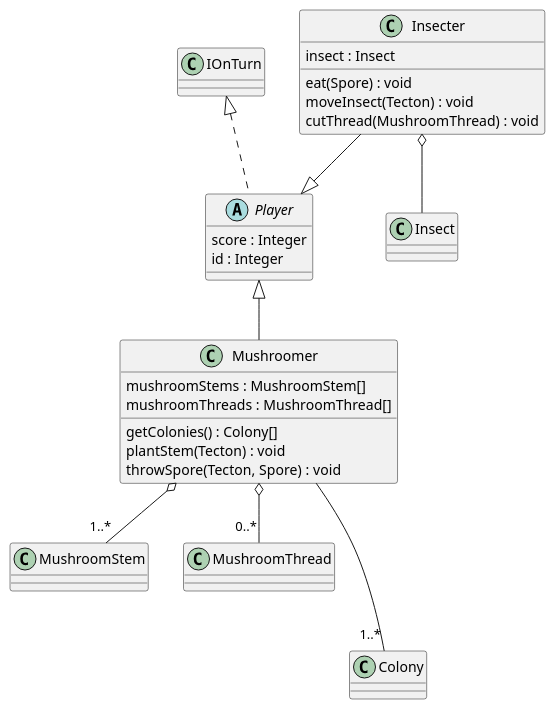
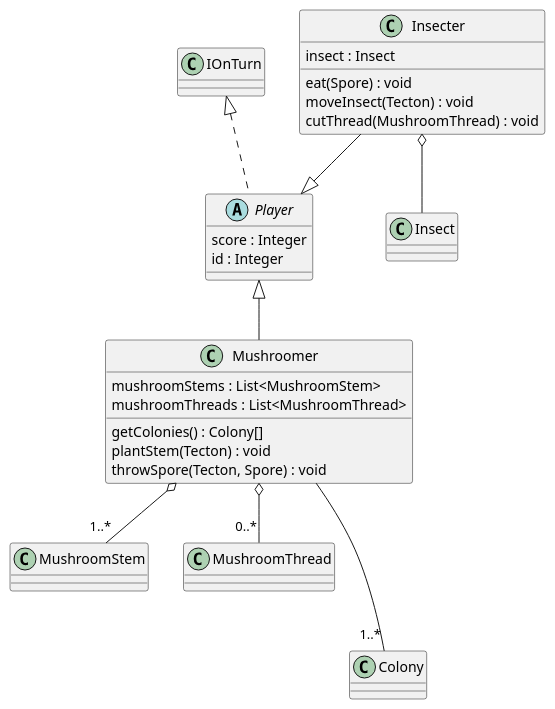
The diagram in 3/classes/player.puml (Petya-G/fungorium), drawn with PlantUML before and after one commit. The commit also changed 7 other files, not shown here.

```diff
--- a/3/classes/player.puml
+++ b/3/classes/player.puml
@@ -1,28 +1,28 @@
 @startuml player
 IOnTurn <|.. Player
 abstract class Player{
     score : Integer
     id : Integer
 }
 
 Player <|-- Mushroomer
 Mushroomer o-- "1..*" MushroomStem
 Mushroomer o-- "0..*" MushroomThread
 Mushroomer --- "1..*" Colony
 class Mushroomer{
-    mushroomStems : MushroomStem[]
-    mushroomThreads : MushroomThread[]
+    mushroomStems : List<MushroomStem>
+    mushroomThreads : List<MushroomThread>
     getColonies() : Colony[]
     plantStem(Tecton) : void
     throwSpore(Tecton, Spore) : void
 }
 
 Insecter --|> Player
 Insecter o-- Insect
 class Insecter{
     insect : Insect
     eat(Spore) : void
     moveInsect(Tecton) : void
     cutThread(MushroomThread) : void
 }
 @enduml
```
